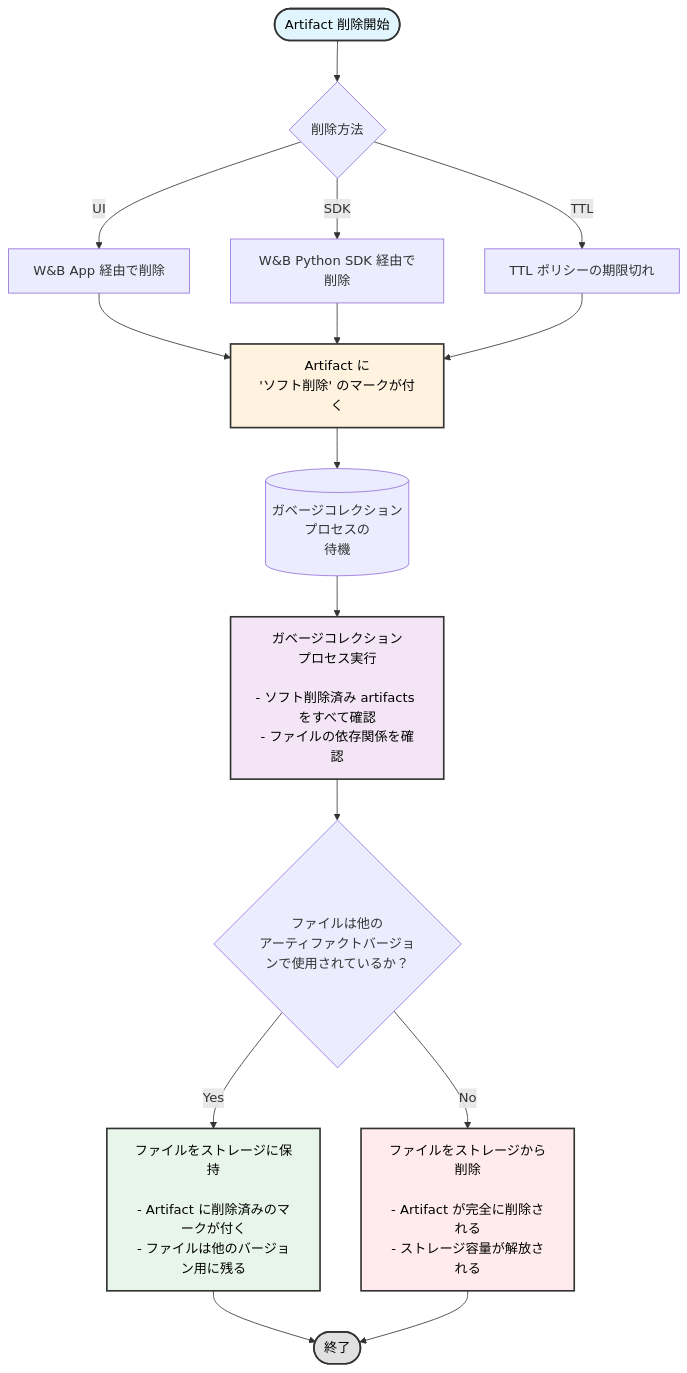
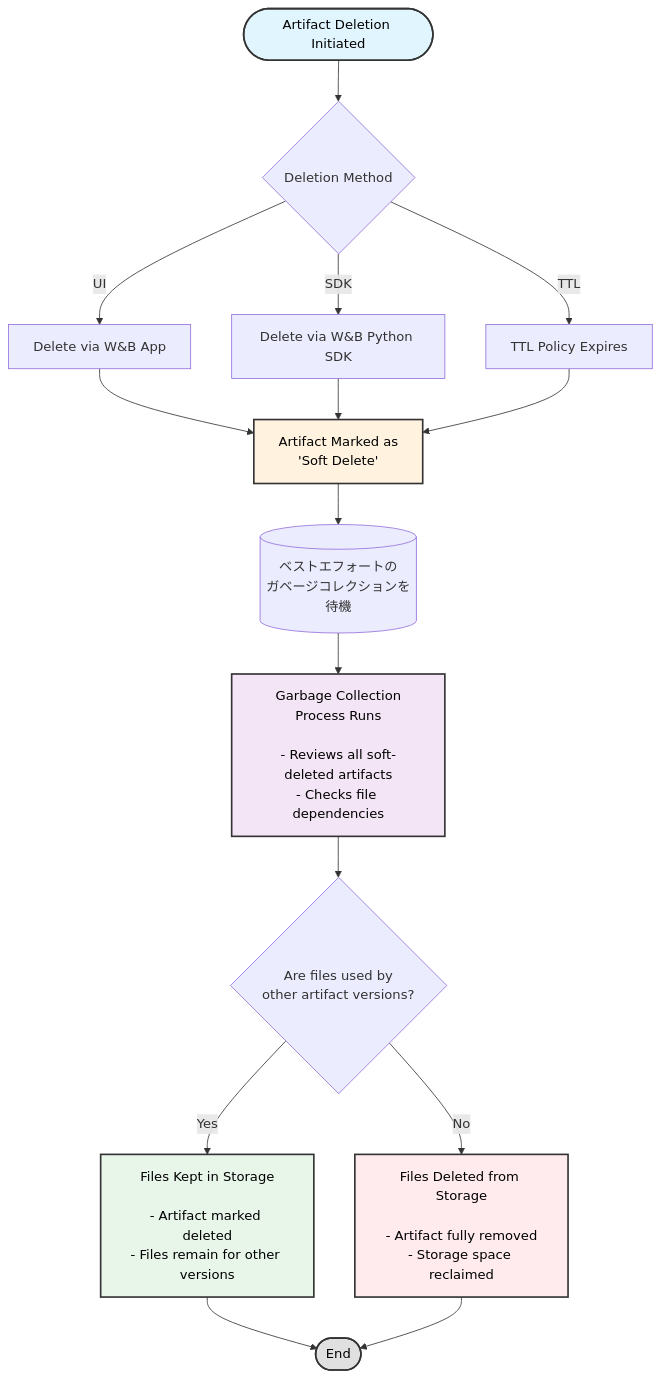
Before and after one commit to wandb/docs: the diagram in ja/models/artifacts/delete-artifacts.mdx, drawn with Mermaid. The commit also changed other lines of this file and 244 other files, not shown here.

````diff
--- a/ja/models/artifacts/delete-artifacts.mdx
+++ b/ja/models/artifacts/delete-artifacts.mdx
@@ -16,31 +20,31 @@
 ```mermaid
 graph TB
-    Start([Artifact 削除開始]) --> DeleteMethod{削除方法}
+    Start([Artifact Deletion Initiated]) --> DeleteMethod{Deletion Method}
     
-    DeleteMethod -->|UI| UIDelete[W&B App 経由で削除]
-    DeleteMethod -->|SDK| SDKDelete[W&B Python SDK 経由で削除]
-    DeleteMethod -->|TTL| TTLDelete[TTL ポリシーの期限切れ]
+    DeleteMethod -->|UI| UIDelete[Delete via W&B App]
+    DeleteMethod -->|SDK| SDKDelete[Delete via W&B Python SDK]
+    DeleteMethod -->|TTL| TTLDelete[TTL Policy Expires]
     
-    UIDelete --> SoftDelete[Artifact に<br/>'ソフト削除' のマークが付く]
+    UIDelete --> SoftDelete[Artifact Marked as<br/>'Soft Delete']
     SDKDelete --> SoftDelete
     TTLDelete --> SoftDelete
     
-    SoftDelete --> GCWait[(ガベージコレクション<br/>プロセスの<br/>待機)]
+    SoftDelete --> GCWait[(ベストエフォートの<br/>ガベージコレクションを<br/>待機)]
     
-    GCWait --> GCRun[ガベージコレクション<br/>プロセス実行<br/><br/>- ソフト削除済み artifacts をすべて確認<br/>- ファイルの依存関係を確認]
+    GCWait --> GCRun[Garbage Collection<br/>Process Runs<br/><br/>- Reviews all soft-deleted artifacts<br/>- Checks file dependencies]
     
-    GCRun --> CheckUsage{ファイルは他の<br/>アーティファクトバージョンで使用されているか？}
+    GCRun --> CheckUsage{Are files used by<br/>other artifact versions?}
     
-    CheckUsage -->|Yes| KeepFiles[ファイルをストレージに保持<br/><br/>- Artifact に削除済みのマークが付く<br/>- ファイルは他のバージョン用に残る]
-    CheckUsage -->|No| DeleteFiles[ファイルをストレージから削除<br/><br/>- Artifact が完全に削除される<br/>- ストレージ容量が解放される]
+    CheckUsage -->|Yes| KeepFiles[Files Kept in Storage<br/><br/>- Artifact marked deleted<br/>- Files remain for other versions]
+    CheckUsage -->|No| DeleteFiles[Files Deleted from Storage<br/><br/>- Artifact fully removed<br/>- Storage space reclaimed]
     
-    KeepFiles --> End([終了])
+    KeepFiles --> End([End])
     DeleteFiles --> End
     
     style Start fill:#e1f5fe,stroke:#333,stroke-width:2px,color:#000
     style SoftDelete fill:#fff3e0,stroke:#333,stroke-width:2px,color:#000
     style GCRun fill:#f3e5f5,stroke:#333,stroke-width:2px,color:#000
     style KeepFiles fill:#e8f5e9,stroke:#333,stroke-width:2px,color:#000
     style DeleteFiles fill:#ffebee,stroke:#333,stroke-width:2px,color:#000
     style End fill:#e0e0e0,stroke:#333,stroke-width:2px,color:#000
 ```
````
